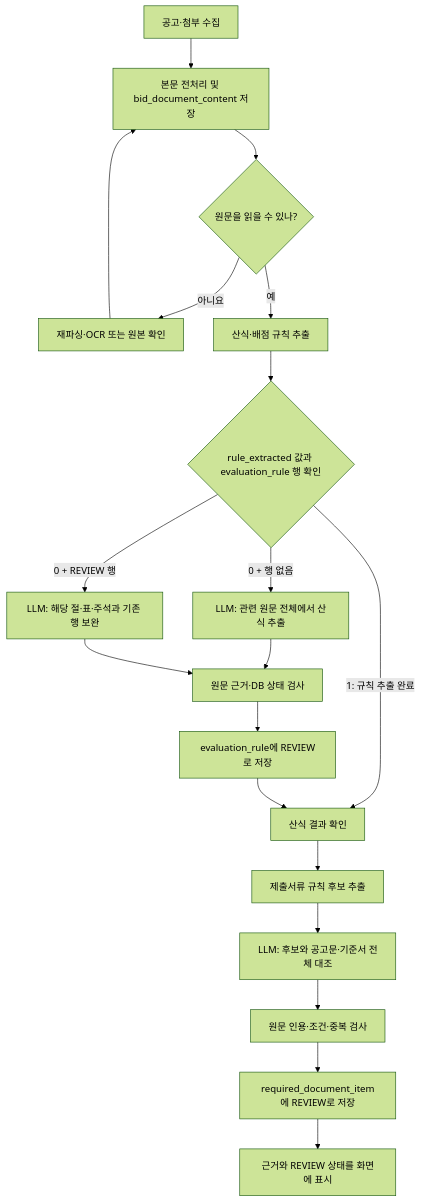
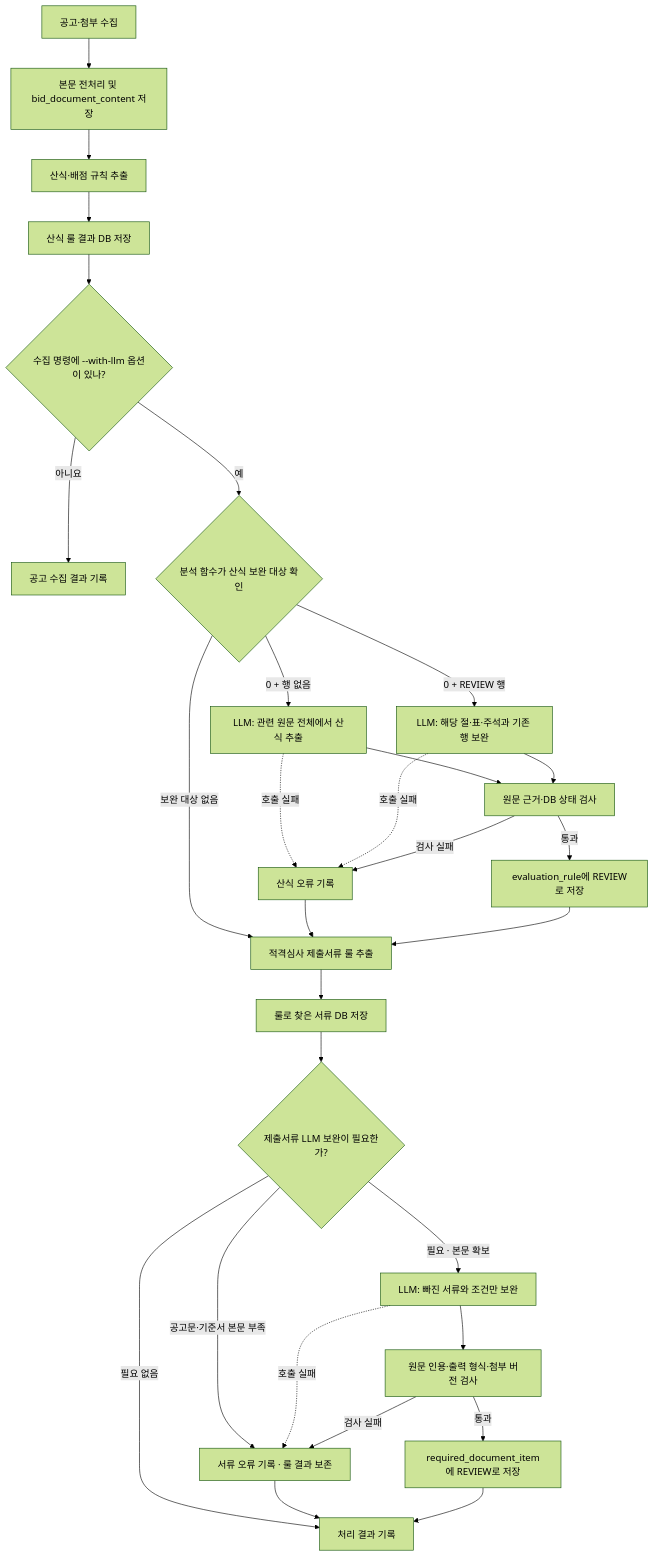
One commit to Geun-ni/Bidmate_AI changed the diagram in ai/PIPELINE.md. Above: the diagram before and after it, drawn with Mermaid (forest theme). The commit also changed other lines of this file and 9 other files, not shown here.

````diff
--- a/ai/PIPELINE.md
+++ b/ai/PIPELINE.md
@@ -7,21 +7,31 @@
 ```mermaid
 flowchart TD
     A["공고·첨부 수집"] --> B["본문 전처리 및 bid_document_content 저장"]
-    B --> C{"원문을 읽을 수 있나?"}
-    C -- "아니요" --> C1["재파싱·OCR 또는 원본 확인"]
-    C1 --> B
-    C -- "예" --> D["산식·배점 규칙 추출"]
-    D --> E{"rule_extracted 값과 evaluation_rule 행 확인"}
-    E -- "1: 규칙 추출 완료" --> H["산식 결과 확인"]
+    B --> D["산식·배점 규칙 추출"]
+    D --> DP["산식 룰 결과 DB 저장"]
+    DP --> C{"수집 명령에 --with-llm 옵션이 있나?"}
+    C -- "아니요" --> Z["공고 수집 결과 기록"]
+    C -- "예" --> E{"분석 함수가 산식 보완 대상 확인"}
+    E -- "보완 대상 없음" --> H["적격심사 제출서류 룰 추출"]
     E -- "0 + 행 없음" --> F["LLM: 관련 원문 전체에서 산식 추출"]
     E -- "0 + REVIEW 행" --> G["LLM: 해당 절·표·주석과 기존 행 보완"]
     F --> V["원문 근거·DB 상태 검사"]
     G --> V
-    V --> W["evaluation_rule에 REVIEW로 저장"]
+    V -- "통과" --> W["evaluation_rule에 REVIEW로 저장"]
+    F -. "호출 실패" .-> X["산식 오류 기록"]
+    G -. "호출 실패" .-> X
+    V -- "검사 실패" --> X
+    X --> H
     W --> H
-    H --> I["제출서류 규칙 후보 추출"]
-    I --> J["LLM: 후보와 공고문·기준서 전체 대조"]
-    J --> K["원문 인용·조건·중복 검사"]
-    K --> L["required_document_item에 REVIEW로 저장"]
-    L --> M["근거와 REVIEW 상태를 화면에 표시"]
+    H --> I["룰로 찾은 서류 DB 저장"]
+    I --> Q{"제출서류 LLM 보완이 필요한가?"}
+    Q -- "필요 없음" --> M["처리 결과 기록"]
+    Q -- "필요 · 본문 확보" --> J["LLM: 빠진 서류와 조건만 보완"]
+    Q -- "공고문·기준서 본문 부족" --> Y["서류 오류 기록 · 룰 결과 보존"]
+    J --> K["원문 인용·출력 형식·첨부 버전 검사"]
+    J -. "호출 실패" .-> Y
+    K -- "검사 실패" --> Y
+    K -- "통과" --> L["required_document_item에 REVIEW로 저장"]
+    Y --> M
+    L --> M
 ```
````
